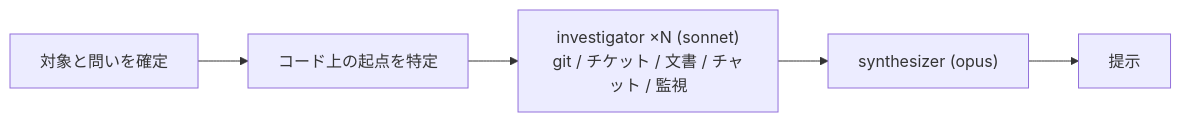
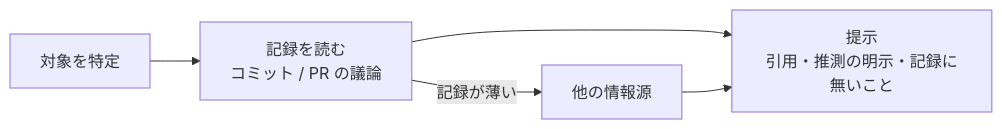
The fourth of 12 diagrams in pstack-cc/docs/skill-map.ja.md (souljazzfunk/lab), drawn with Mermaid before and after one commit. The commit also changed other lines of this file and 116 other files, not shown here.

````diff
--- a/pstack-cc/docs/skill-map.ja.md
+++ b/pstack-cc/docs/skill-map.ja.md
@@ -119,7 +111,7 @@
 ```mermaid
 flowchart LR
-  A[対象と問いを確定] --> B[コード上の起点を特定]
-  B --> C["investigator ×N (sonnet)<br/>git / チケット / 文書 / チャット / 監視"]
-  C --> D["synthesizer (opus)"]
-  D --> E[提示]
+  A[対象を特定] --> B["記録を読む<br/>コミット / PR の議論"]
+  B -->|記録が薄い| C[他の情報源]
+  B --> D["提示<br/>引用・推測の明示・記録に無いこと"]
+  C --> D
 ```
````
